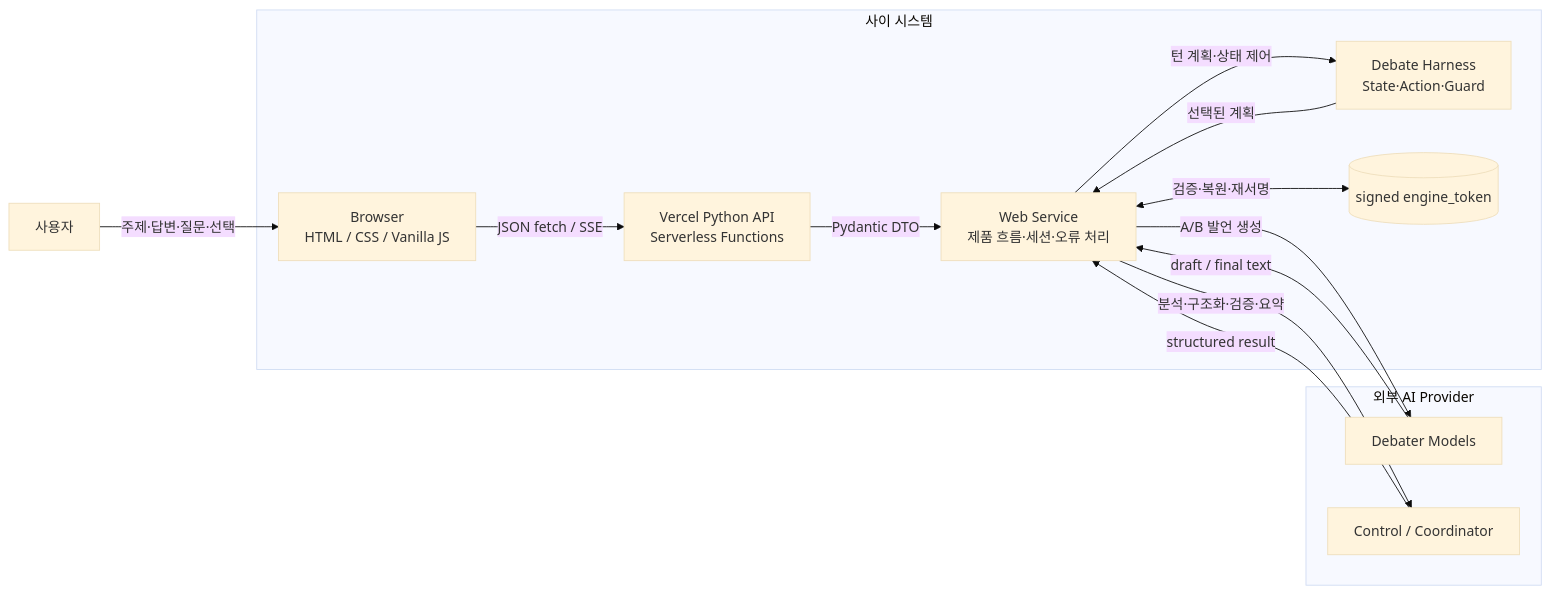
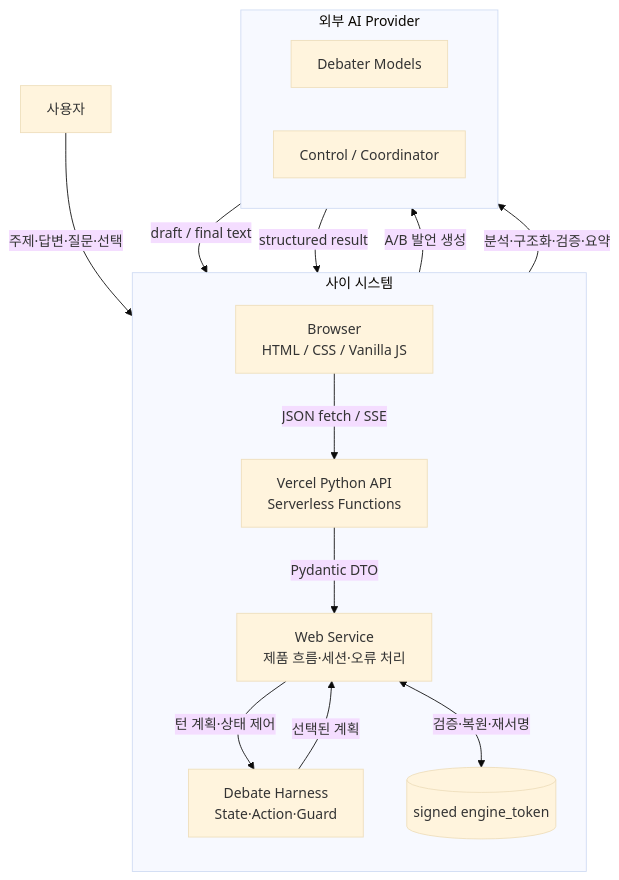
The third of 11 diagrams in README.md (hodob/A1-3), drawn with Mermaid (base theme) before and after one commit. The commit also changed other lines of this file, not shown here.

Commit message:
Polish README diagrams for rendered GitHub readability

````diff
--- a/README.md
+++ b/README.md
@@ -100,29 +100,31 @@
 ```mermaid
-flowchart LR
+flowchart TD
     U[사용자]
 
     subgraph SAI[사이 시스템]
+        direction TB
         B[Browser<br/>HTML / CSS / Vanilla JS]
         API[Vercel Python API<br/>Serverless Functions]
         W[Web Service<br/>제품 흐름·세션·오류 처리]
         H[Debate Harness<br/>State·Action·Guard]
         T[(signed engine_token)]
 
         B -->|JSON fetch / SSE| API
         API -->|Pydantic DTO| W
         W -->|턴 계획·상태 제어| H
         W <-->|검증·복원·재서명| T
+        H -->|선택된 계획| W
     end
 
     subgraph EXT[외부 AI Provider]
+        direction LR
         D[Debater Models]
         C[Control / Coordinator]
     end
 
     U -->|주제·답변·질문·선택| B
-    H -->|선택된 계획| W
     W -->|A/B 발언 생성| D
     D -->|draft / final text| W
     W -->|분석·구조화·검증·요약| C
     C -->|structured result| W
 ```
````
